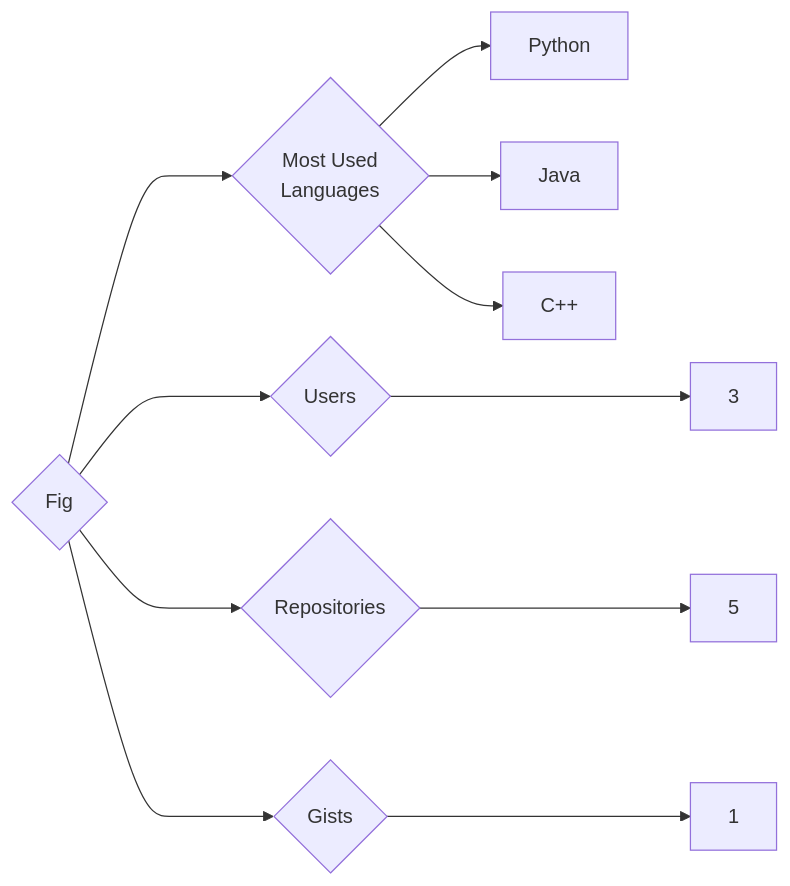
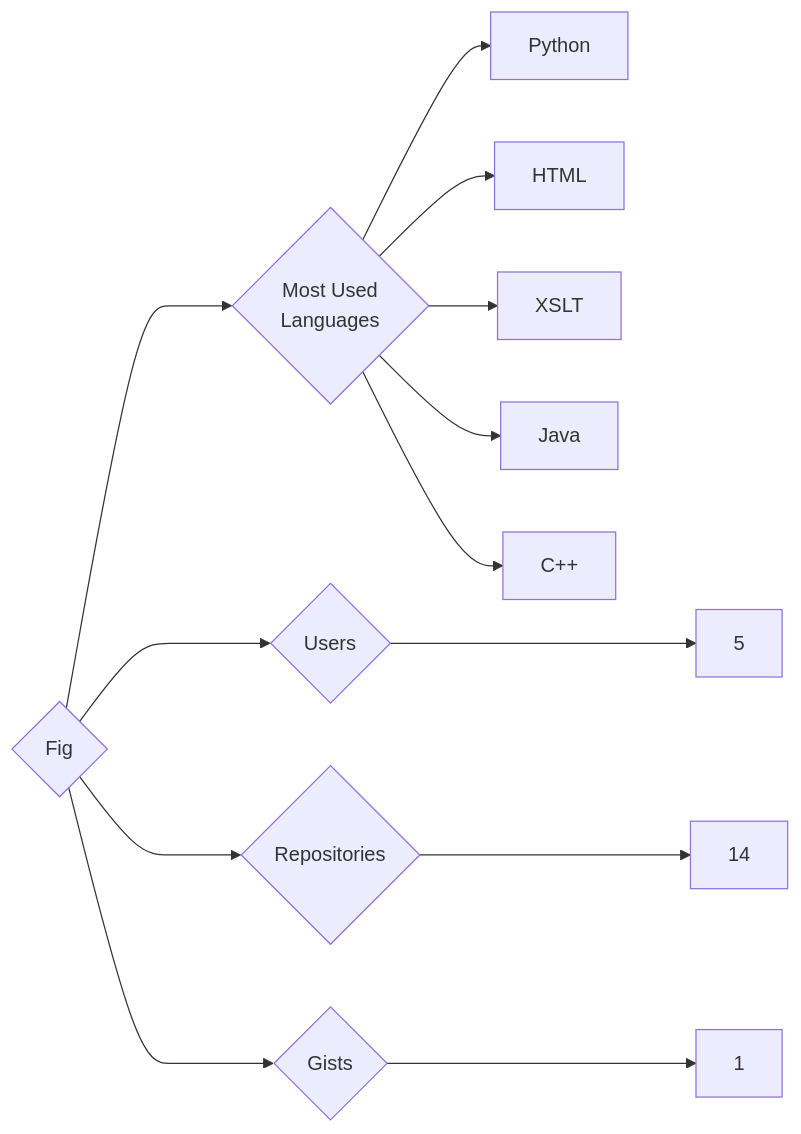
One commit to trickest/insiders changed the diagram in targets/Fig/README.md. Above: the diagram before and after it, drawn with Mermaid. The commit also changed 1055 other files, not shown here.

````diff
--- a/targets/Fig/README.md
+++ b/targets/Fig/README.md
@@ -3,11 +3,13 @@
 ```mermaid
 graph LR
 COMPANY_NAME{Fig}
-COMPANY_NAME ---> U{Users} ---> UN[3]
-COMPANY_NAME ---> R{Repositories} ---> RN[5]
+COMPANY_NAME ---> U{Users} ---> UN[5]
+COMPANY_NAME ---> R{Repositories} ---> RN[14]
 COMPANY_NAME ---> G{Gists} ---> GN[1]
 COMPANY_NAME ---> ML{Most Used<br>Languages}
 ML --> Python[Python]
+ML --> HTML[HTML]
+ML --> XSLT[XSLT]
 ML --> Java[Java]
 ML --> C++[C++]
 ```
````
